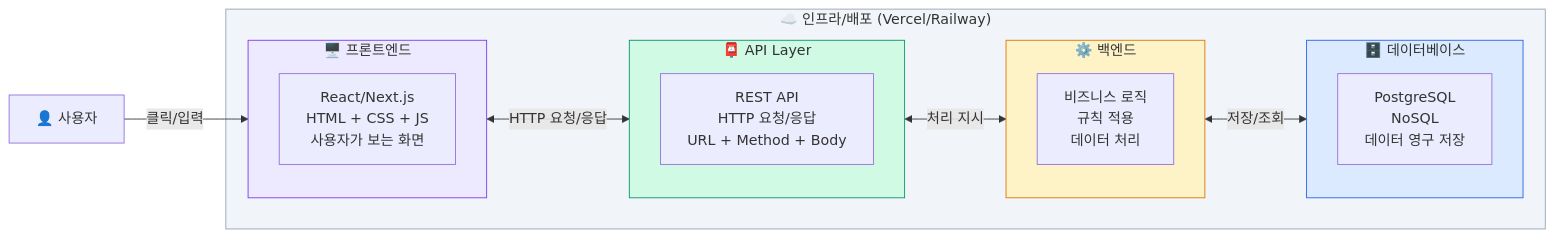
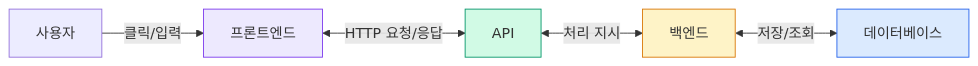
The diagram in content/chapters/ch02-five-layers.mdx (parkJH-0505/vibebuilder-os), drawn with Mermaid before and after one commit. The commit also changed other lines of this file and 15 other files, not shown here.

````diff
--- a/content/chapters/ch02-five-layers.mdx
+++ b/content/chapters/ch02-five-layers.mdx
@@ -200,31 +212,12 @@
 ```mermaid caption="5가지 구성요소의 연결 구조 — 사용자의 모든 행동은 이 경로를 따라 이동합니다"
 graph LR
-    subgraph INFRA["☁️ 인프라/배포 (Vercel/Railway)"]
-        subgraph FE["🖥️ 프론트엔드"]
-            F1["React/Next.js\nHTML + CSS + JS\n사용자가 보는 화면"]
-        end
+    U["사용자"] -->|클릭/입력| FE["프론트엔드"]
+    FE <-->|HTTP 요청/응답| API["API"]
+    API <-->|처리 지시| BE["백엔드"]
+    BE <-->|저장/조회| DB["데이터베이스"]
 
-        subgraph API["📮 API Layer"]
-            A1["REST API\nHTTP 요청/응답\nURL + Method + Body"]
-        end
-
-        subgraph BE["⚙️ 백엔드"]
-            B1["비즈니스 로직\n규칙 적용\n데이터 처리"]
-        end
-
-        subgraph DB["🗄️ 데이터베이스"]
-            D1["PostgreSQL\nNoSQL\n데이터 영구 저장"]
-        end
-    end
-
-    U["👤 사용자"] -->|클릭/입력| FE
-    FE <-->|HTTP 요청/응답| API
-    API <-->|처리 지시| BE
-    BE <-->|저장/조회| DB
-
-    style INFRA fill:#F1F5F9,stroke:#94A3B8
     style FE fill:#EDE9FE,stroke:#7C3AED
     style API fill:#D1FAE5,stroke:#059669
     style BE fill:#FEF3C7,stroke:#D97706
     style DB fill:#DBEAFE,stroke:#2563EB
 ```
````
